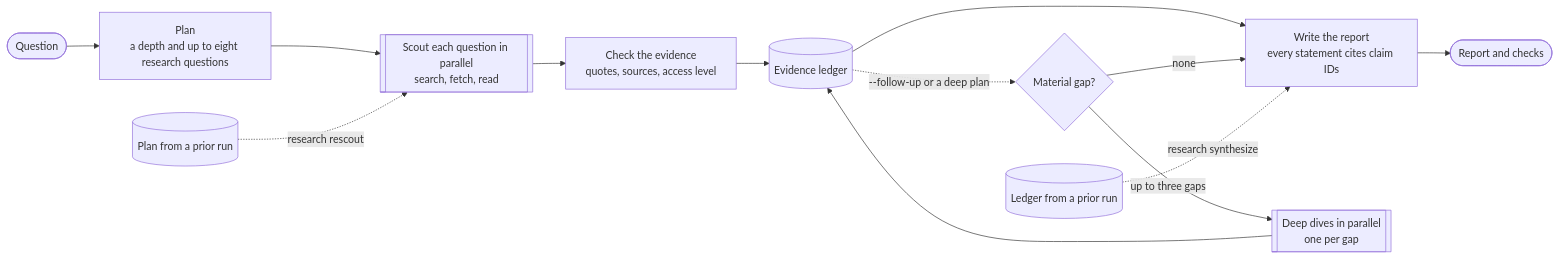
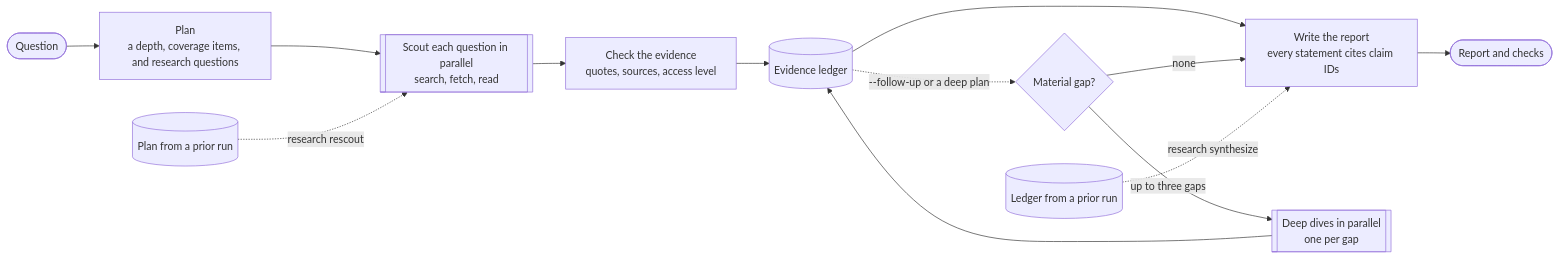
One commit to rjanseko/research-loop changed the diagram in README.md. Above: the diagram before and after it, drawn with Mermaid. The commit also changed other lines of this file and 8 other files, not shown here.

````diff
--- a/README.md
+++ b/README.md
@@ -97,15 +98,15 @@
 ```mermaid
 flowchart LR
-    question(["Question"]) --> plan["Plan<br/>a depth and up to eight research questions"]
+    question(["Question"]) --> plan["Plan<br/>a depth, coverage items, and research questions"]
     plan --> scouts[["Scout each question in parallel<br/>search, fetch, read"]]
     prior_plan[("Plan from a prior run")] -. "research rescout" .-> scouts
     scouts --> check["Check the evidence<br/>quotes, sources, access level"]
     check --> ledger[("Evidence ledger")]
     ledger --> synthesize["Write the report<br/>every statement cites claim IDs"]
     ledger -. "--follow-up or a deep plan" .-> gap{"Material gap?"}
     gap -- "up to three gaps" --> dive[["Deep dives in parallel<br/>one per gap"]]
     dive --> ledger
     gap -- "none" --> synthesize
     prior_ledger[("Ledger from a prior run")] -. "research synthesize" .-> synthesize
     synthesize --> report(["Report and checks"])
 ```
````
